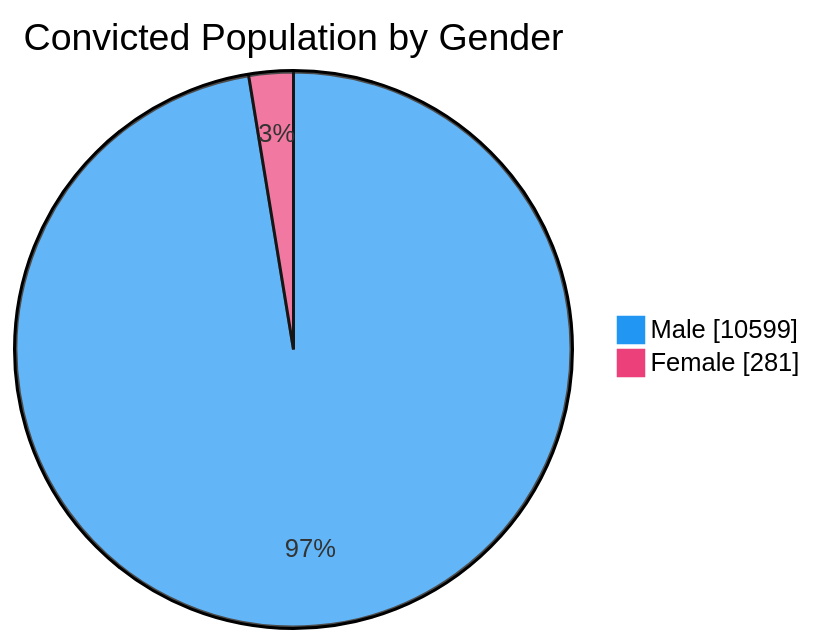
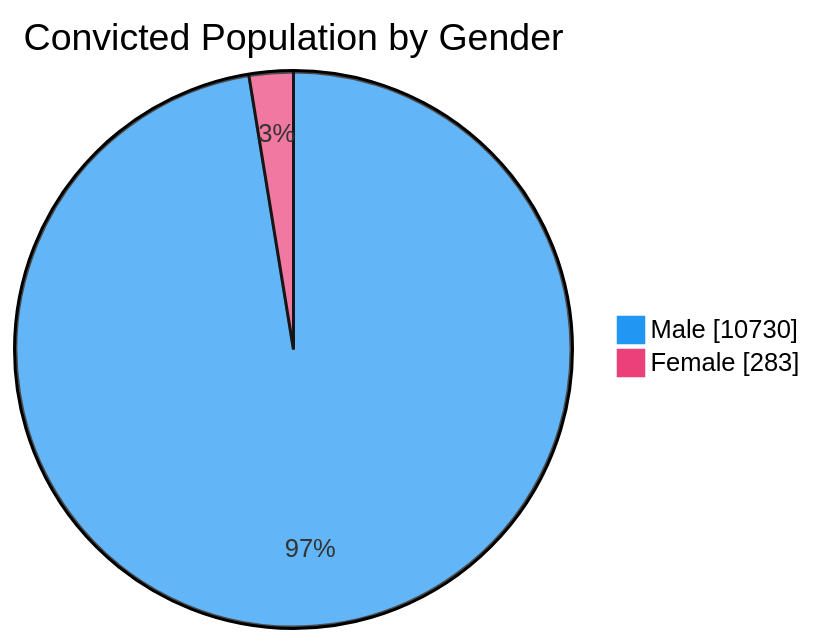
Before and after one commit to nuuuwan/lk_prisons: the third of 7 diagrams in README.md, drawn with Mermaid. The commit also changed other lines of this file and 1 other file, not shown here.

````diff
--- a/README.md
+++ b/README.md
@@ -65,6 +65,6 @@
 ```mermaid
 %%{init: {'themeVariables': {'pie1': '#2196F3', 'pie2': '#EC407A'}}}%%
 pie showData title Convicted Population by Gender
-    "Male" : 10599
-    "Female" : 281
+    "Male" : 10730
+    "Female" : 283
 ```
````
